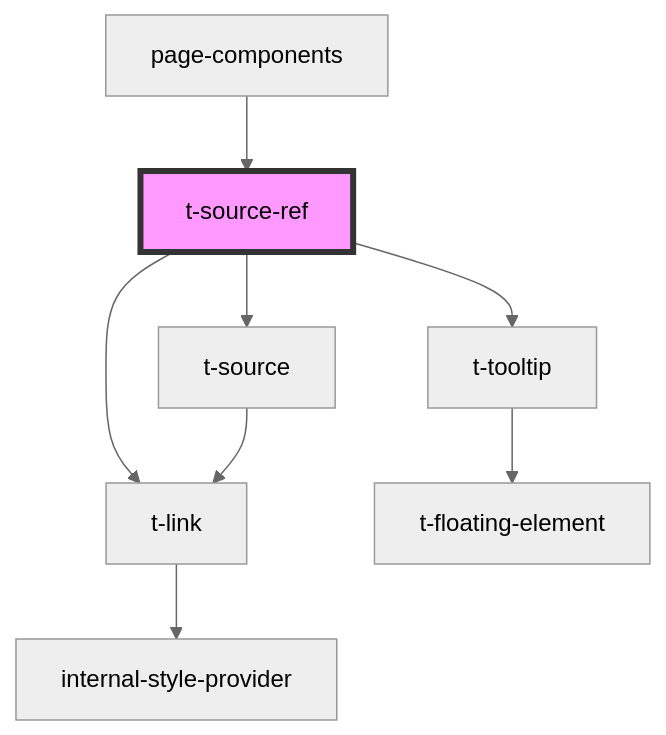
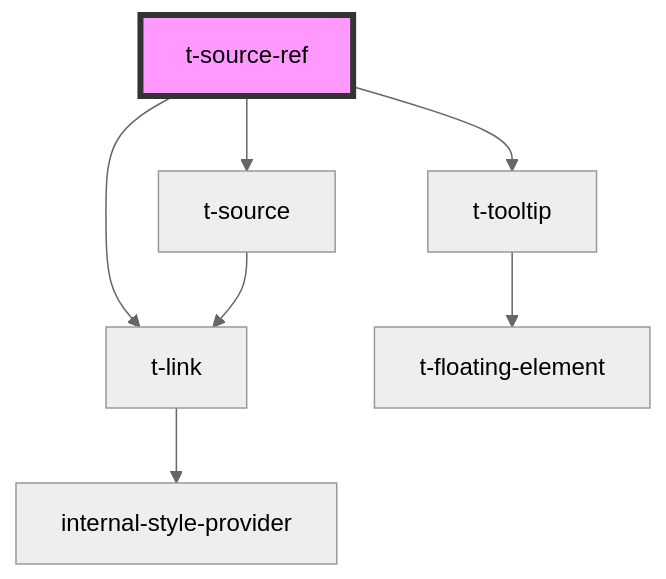
Before and after one commit to TomasEng/web-components: the diagram in packages/t-web-components/src/components/t-source-ref/readme.md, drawn with Mermaid (neutral theme). The commit also changed other lines of this file and 27 other files, not shown here.

````diff
--- a/packages/t-web-components/src/components/t-source-ref/readme.md
+++ b/packages/t-web-components/src/components/t-source-ref/readme.md
@@ -28,11 +37,10 @@
 ```mermaid
 graph TD;
   t-source-ref --> t-tooltip
   t-source-ref --> t-link
   t-source-ref --> t-source
   t-tooltip --> t-floating-element
   t-link --> internal-style-provider
   t-source --> t-link
-  page-components --> t-source-ref
   style t-source-ref fill:#f9f,stroke:#333,stroke-width:4px
 ```
````
